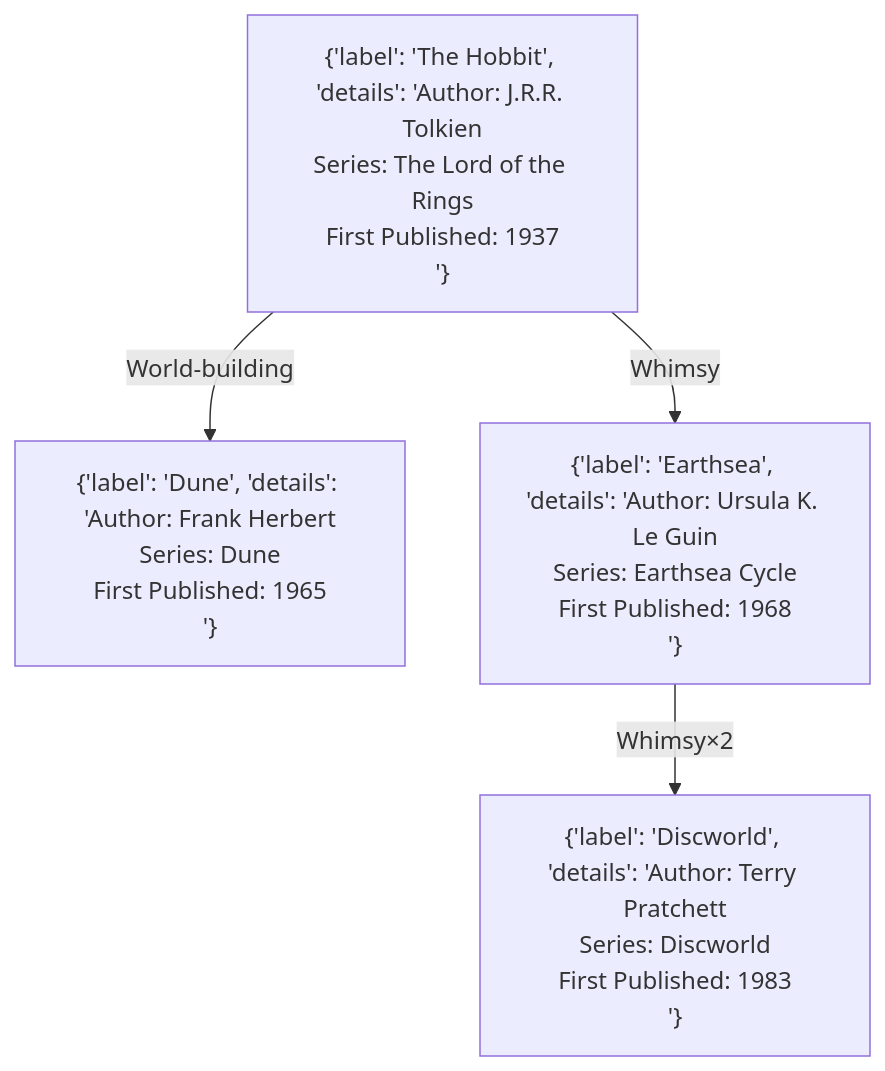
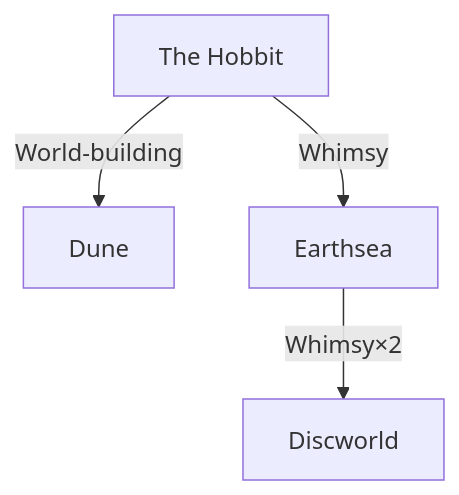
Before and after one commit to fantasy-map/fantasy-map.github.io: the diagram in map.mmd, drawn with Mermaid.

```diff
--- a/map.mmd
+++ b/map.mmd
@@ -1,9 +1,18 @@
 flowchart TD
-    h["{'label': 'The Hobbit', 'details': 'Author: J.R.R. Tolkien\nSeries: The Lord of the Rings\nFirst Published: 1937\n'}"]
-    d["{'label': 'Dune', 'details': 'Author: Frank Herbert\nSeries: Dune\nFirst Published: 1965\n'}"]
-    e["{'label': 'Earthsea', 'details': 'Author: Ursula K. Le Guin\nSeries: Earthsea Cycle\nFirst Published: 1968\n'}"]
-    ds["{'label': 'Discworld', 'details': 'Author: Terry Pratchett\nSeries: Discworld\nFirst Published: 1983\n'}"]
+
+    h["The Hobbit"]
+    d["Dune"]
+    e["Earthsea"]
+    ds["Discworld"]
 
     h -- "World-building" --> d
     h -- "Whimsy" --> e
     e -- "Whimsy×2" --> ds
+
+    click h call showDialog("Author: J.R.R. Tolkien\nSeries: The Lord of the Rings\nFirst Published: 1937")
+    click d call showDialog("Author: Frank Herbert\nSeries: Dune\nFirst Published: 1965")
+    click e call showDialog("Author: Ursula K. Le Guin\nSeries: Earthsea Cycle\nFirst Published: 1968")
+    click ds call showDialog("Author: Terry Pratchett\nSeries: Discworld\nFirst Published: 1983")
+
+    classDef bookNode text-align:center
+    class h,d,e,ds bookNode
```
